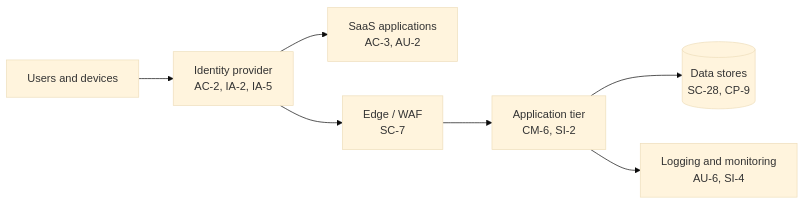
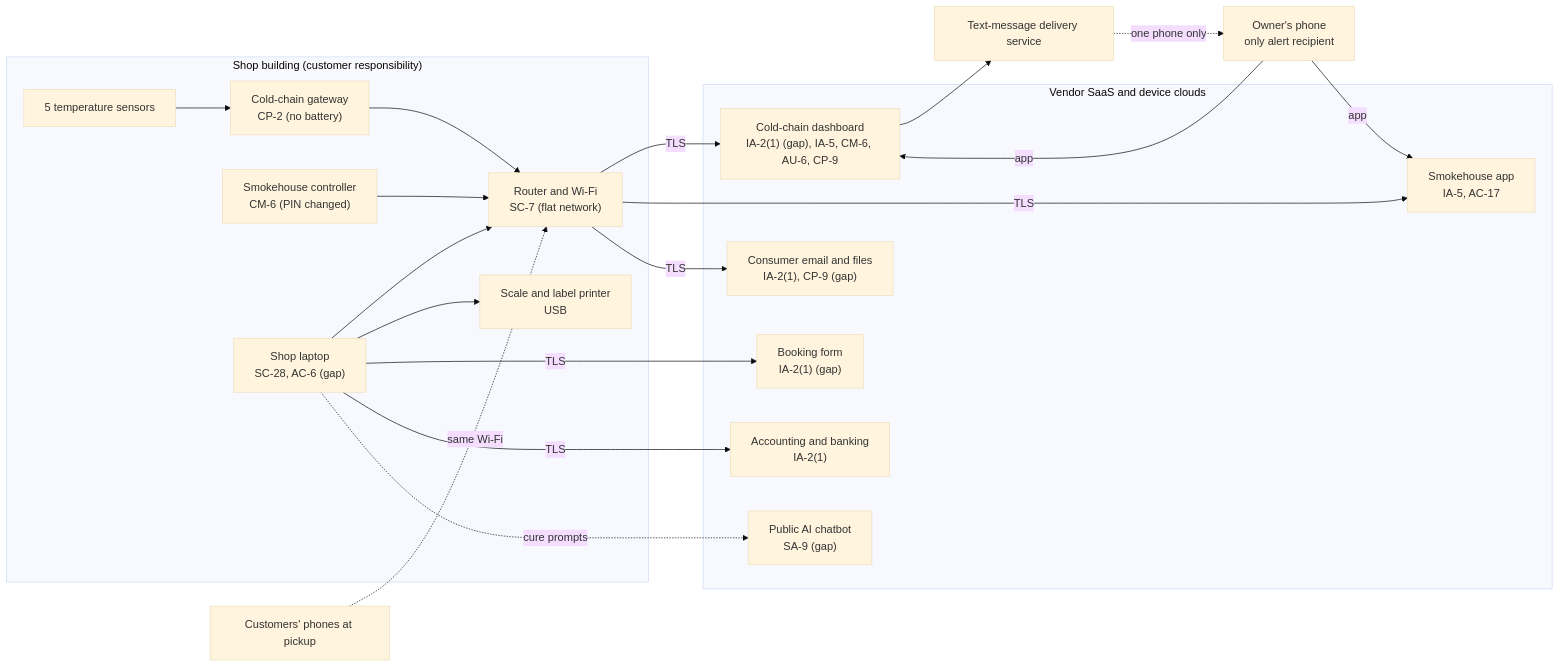
One commit to saint1415/GRC_Projects changed the diagram in 03_company-samples/agriculture_food-agriculture-critical-infrastructure/size-1_sole-proprietor_custom-exempt-meat-processor/step-03_P04_cloud-control-mapping/cloud-architecture.md. Above: the diagram before and after it, drawn with Mermaid (base theme). The commit also changed other lines of this file and 4 other files, not shown here.

````diff
--- a/03_company-samples/agriculture_food-agriculture-critical-infrastructure/size-1_sole-proprietor_custom-exempt-meat-processor/step-03_P04_cloud-control-mapping/cloud-architecture.md
+++ b/03_company-samples/agriculture_food-agriculture-critical-infrastructure/size-1_sole-proprietor_custom-exempt-meat-processor/step-03_P04_cloud-control-mapping/cloud-architecture.md
@@ -7,9 +9,38 @@
 ```mermaid
 flowchart LR
-  users[Users and devices] --> idp[Identity provider<br/>AC-2, IA-2, IA-5]
-  idp --> saas[SaaS applications<br/>AC-3, AU-2]
-  idp --> edge[Edge / WAF<br/>SC-7]
-  edge --> app[Application tier<br/>CM-6, SI-2]
-  app --> data[(Data stores<br/>SC-28, CP-9)]
-  app --> log[Logging and monitoring<br/>AU-6, SI-4]
+  subgraph Shop["Shop building (customer responsibility)"]
+    S["5 temperature sensors"]
+    G["Cold-chain gateway<br/>CP-2 (no battery)"]
+    SH["Smokehouse controller<br/>CM-6 (PIN changed)"]
+    L["Shop laptop<br/>SC-28, AC-6 (gap)"]
+    LP["Scale and label printer<br/>USB"]
+    R["Router and Wi-Fi<br/>SC-7 (flat network)"]
+  end
+  P["Owner's phone<br/>only alert recipient"]
+  CUST["Customers' phones at pickup"]
+  subgraph Clouds["Vendor SaaS and device clouds"]
+    CC["Cold-chain dashboard<br/>IA-2(1) (gap), IA-5, CM-6, AU-6, CP-9"]
+    SA["Smokehouse app<br/>IA-5, AC-17"]
+    EM["Consumer email and files<br/>IA-2(1), CP-9 (gap)"]
+    BK["Booking form<br/>IA-2(1) (gap)"]
+    AC["Accounting and banking<br/>IA-2(1)"]
+    AI["Public AI chatbot<br/>SA-9 (gap)"]
+  end
+  TXT["Text-message delivery service"]
+  S --> G
+  G --> R
+  SH --> R
+  L --> R
+  L --> LP
+  CUST -.->|same Wi-Fi| R
+  R -->|TLS| CC
+  R -->|TLS| SA
+  R -->|TLS| EM
+  CC --> TXT
+  TXT -.->|one phone only| P
+  P -->|app| SA
+  P -->|app| CC
+  L -->|TLS| BK
+  L -->|TLS| AC
+  L -.->|cure prompts| AI
 ```
````
